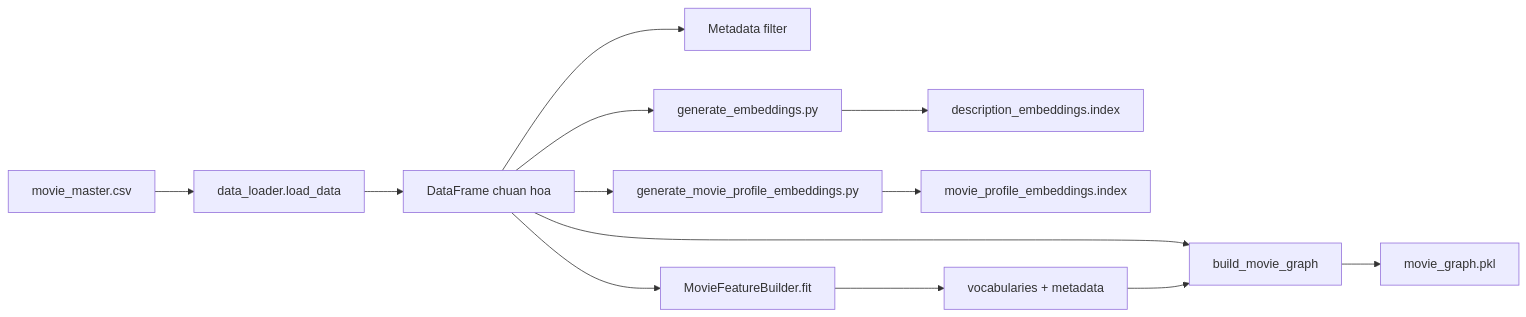
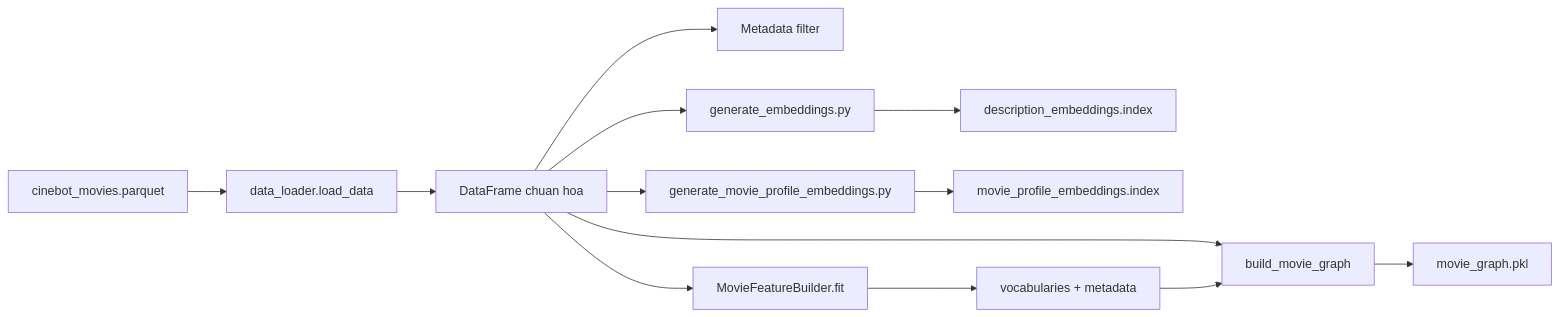
The fifth of 5 diagrams in chatbot/CHATBOT_ARCHITECTURE_PIPELINE_REPORT.md (Rufus1507/SmartCine-RAG-), drawn with Mermaid before and after one commit. The commit also changed other lines of this file and 17 other files, not shown here.

````diff
--- a/chatbot/CHATBOT_ARCHITECTURE_PIPELINE_REPORT.md
+++ b/chatbot/CHATBOT_ARCHITECTURE_PIPELINE_REPORT.md
@@ -658,15 +658,15 @@
 ```mermaid
 flowchart LR
-    CSV["movie_master.csv"] --> Clean["data_loader.load_data"]
+    Parquet["cinebot_movies.parquet"] --> Clean["data_loader.load_data"]
     Clean --> DF["DataFrame chuan hoa"]
     DF --> Meta["Metadata filter"]
     DF --> FAISSBuild["generate_embeddings.py"]
     FAISSBuild --> DescIndex["description_embeddings.index"]
     DF --> ProfileBuild["generate_movie_profile_embeddings.py"]
     ProfileBuild --> ProfileIndex["movie_profile_embeddings.index"]
     DF --> FeatureFit["MovieFeatureBuilder.fit"]
     FeatureFit --> Vocab["vocabularies + metadata"]
     DF --> GraphBuild["build_movie_graph"]
     Vocab --> GraphBuild
     GraphBuild --> GraphCache["movie_graph.pkl"]
 ```
````
